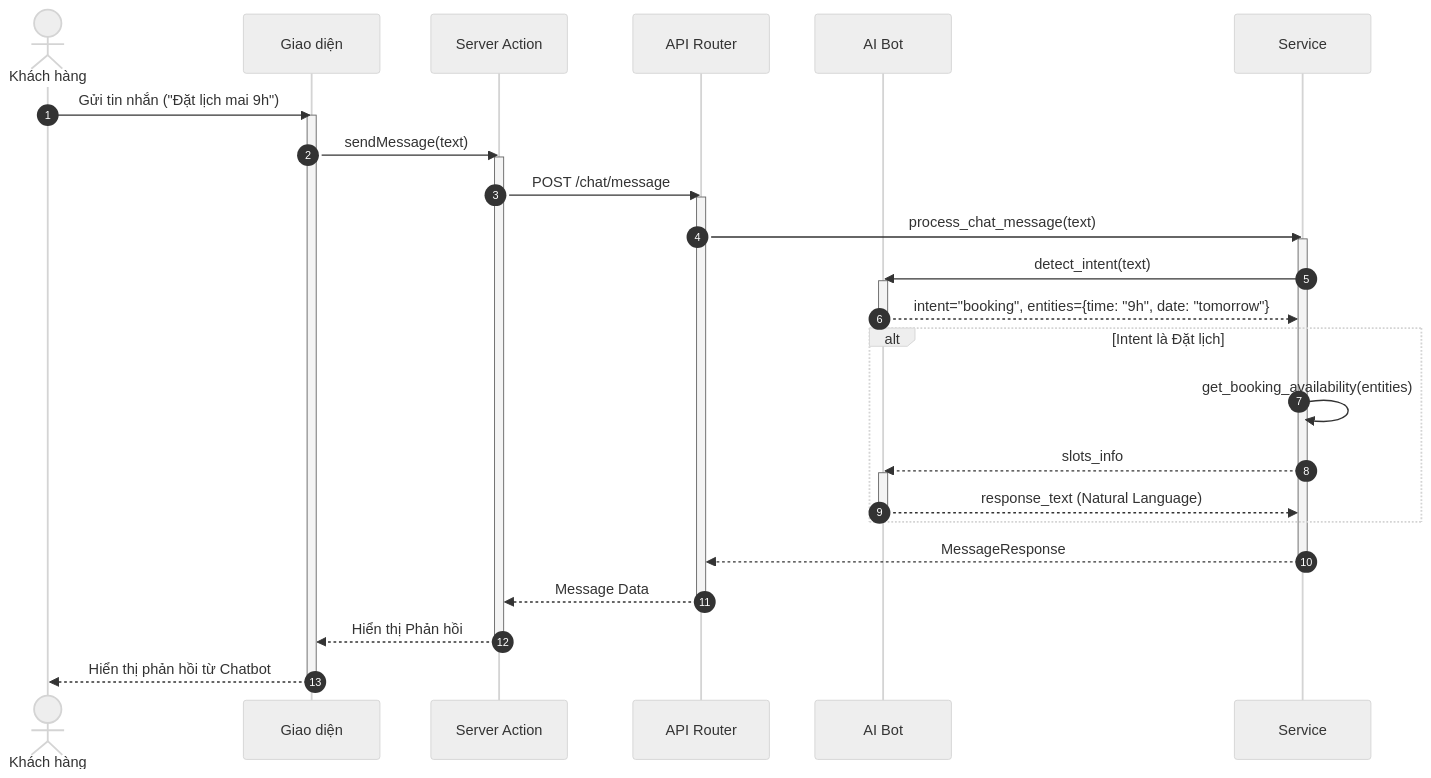
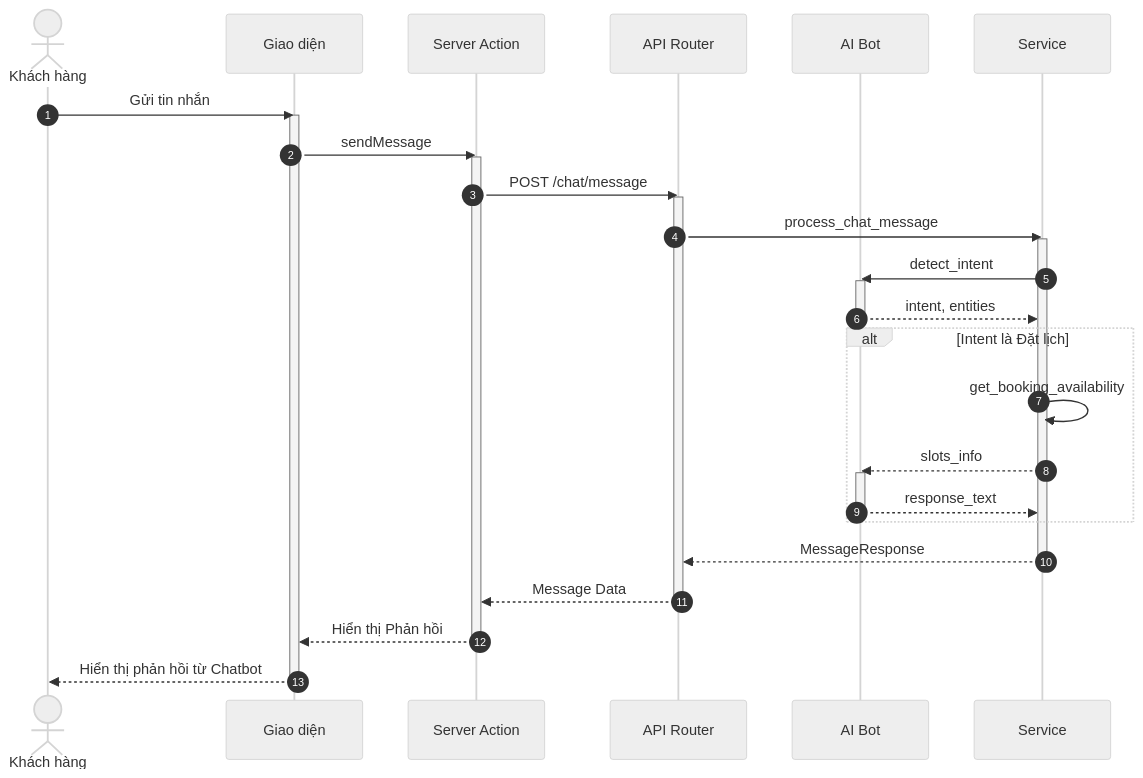
Before and after one commit to ngoctinn/Synapse: the fifth of 8 diagrams in docs/design/sequences/customer_flows.md, drawn with Mermaid (neutral theme). The commit also changed other lines of this file and 1 other file, not shown here.

Commit message:
feat: Add sequence diagrams for admin and customer flows.

````diff
--- a/docs/design/sequences/customer_flows.md
+++ b/docs/design/sequences/customer_flows.md
@@ -218,46 +218,46 @@
 ```mermaid
 sequenceDiagram
     autonumber
     actor KH as Khách hàng
     participant UI as Giao diện
     participant BFF as Server Action
     participant API as API Router
     participant AI as AI Bot
     participant S as Service
 
-    KH->>UI: Gửi tin nhắn ("Đặt lịch mai 9h")
+    KH->>UI: Gửi tin nhắn
     activate UI
-    UI->>BFF: sendMessage(text)
+    UI->>BFF: sendMessage
     activate BFF
 
     BFF->>API: POST /chat/message
     activate API
 
-    API->>S: process_chat_message(text)
+    API->>S: process_chat_message
     activate S
 
-    S->>AI: detect_intent(text)
+    S->>AI: detect_intent
     activate AI
-    AI-->>S: intent="booking", entities={time: "9h", date: "tomorrow"}
+    AI-->>S: intent, entities
     deactivate AI
 
     alt Intent là Đặt lịch
-        S->>S: get_booking_availability(entities)
+        S->>S: get_booking_availability
         S-->>AI: slots_info
         activate AI
-        AI-->>S: response_text (Natural Language)
+        AI-->>S: response_text
         deactivate AI
     end
 
     S-->>API: MessageResponse
     deactivate S
 
     API-->>BFF: Message Data
     deactivate API
 
     BFF-->>UI: Hiển thị Phản hồi
     deactivate BFF
 
     UI-->>KH: Hiển thị phản hồi từ Chatbot
     deactivate UI
 ```
````
